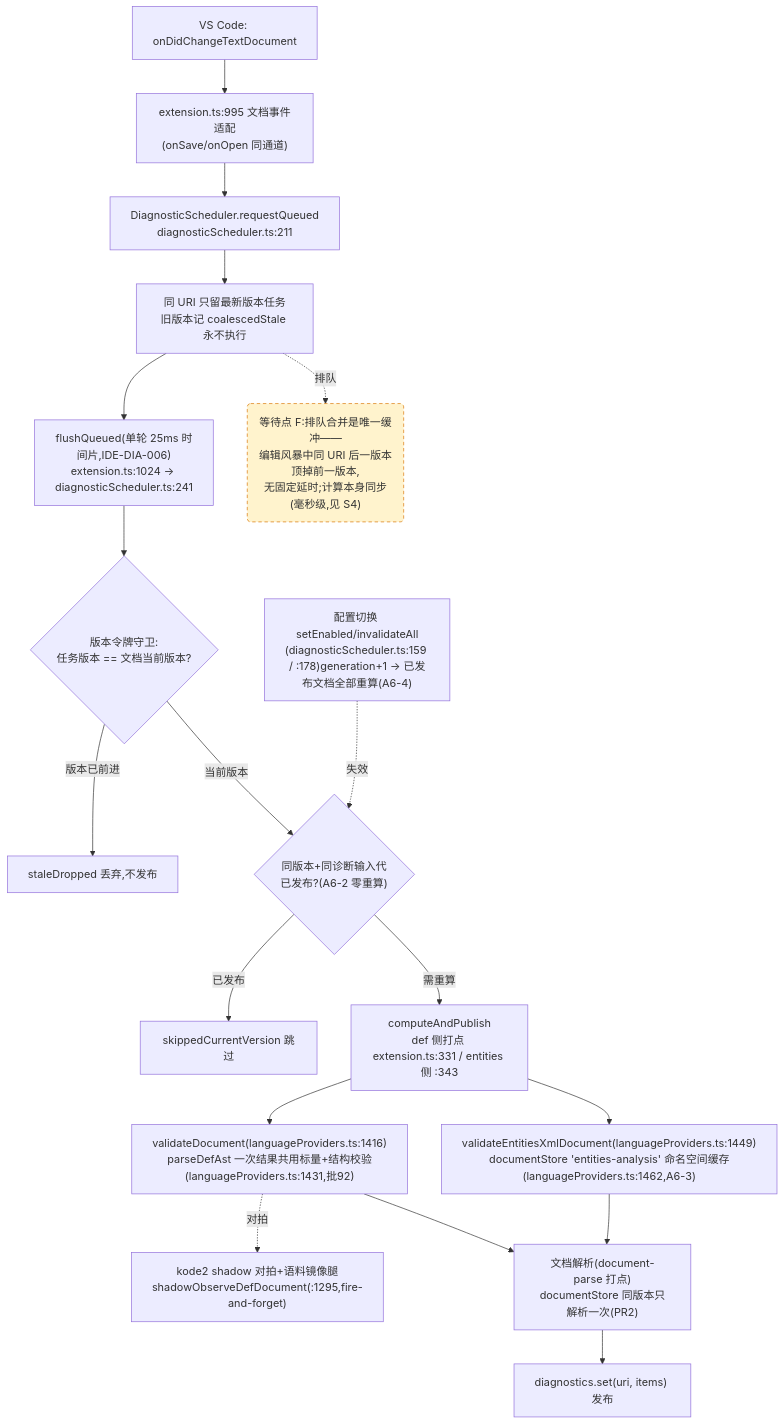
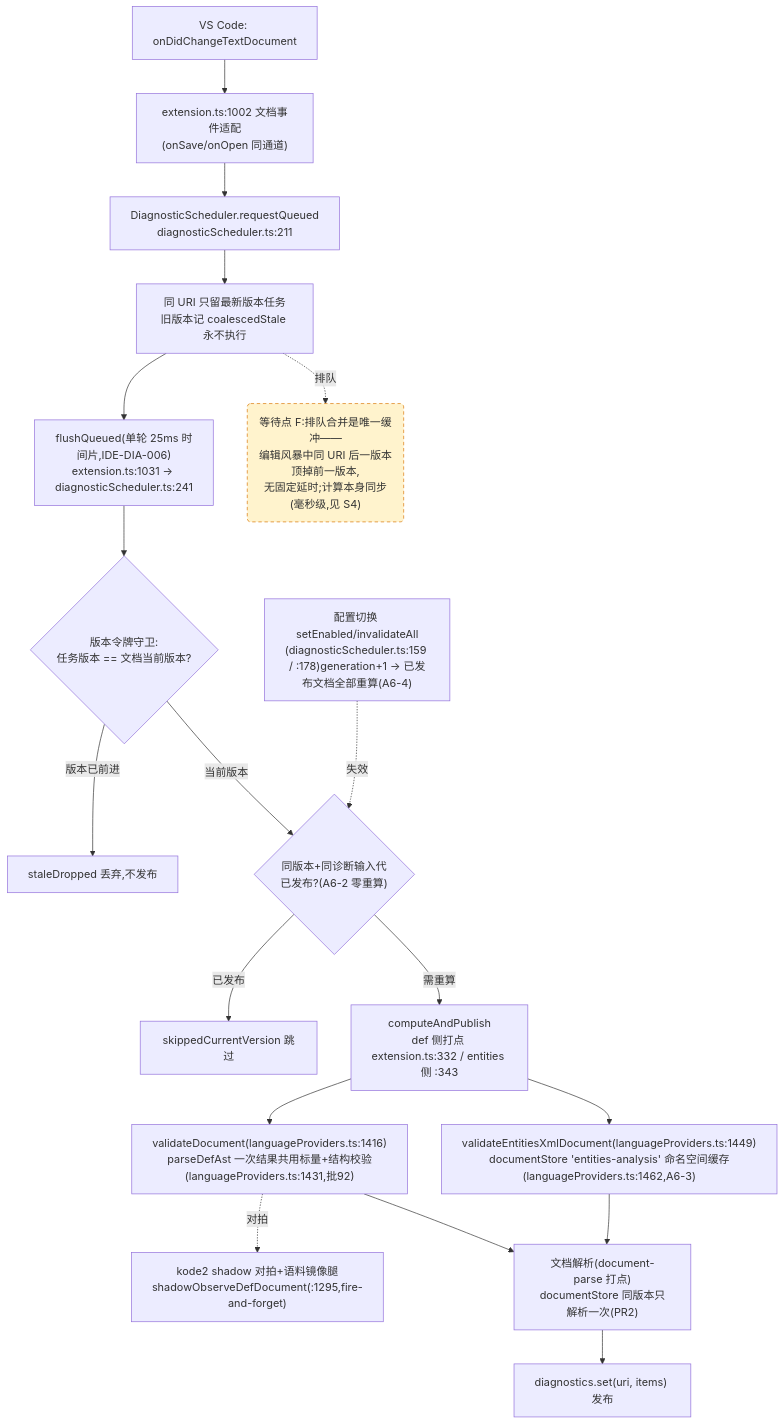
The fourth of 4 diagrams in docs/perf/2026-baseline.md (cuihairu/kode), drawn with Mermaid before and after one commit. The commit also changed other lines of this file and 10 other files, not shown here.

````diff
--- a/docs/perf/2026-baseline.md
+++ b/docs/perf/2026-baseline.md
@@ -214,38 +214,38 @@
 ```mermaid
 flowchart TD
   CHG["VS Code: onDidChangeTextDocument"]
-  WATCH["extension.ts:995 文档事件适配<br/>(onSave/onOpen 同通道)"]
+  WATCH["extension.ts:1002 文档事件适配<br/>(onSave/onOpen 同通道)"]
   RQ["DiagnosticScheduler.requestQueued<br/>diagnosticScheduler.ts:211"]
   CO["同 URI 只留最新版本任务<br/>旧版本记 coalescedStale 永不执行"]
-  FL["flushQueued(单轮 25ms 时间片,IDE-DIA-006)<br/>extension.ts:1024 → diagnosticScheduler.ts:241"]
+  FL["flushQueued(单轮 25ms 时间片,IDE-DIA-006)<br/>extension.ts:1031 → diagnosticScheduler.ts:241"]
   VG{"版本令牌守卫:<br/>任务版本 == 文档当前版本?"}
   DROP["staleDropped 丢弃,不发布"]
   GEN{"同版本+同诊断输入代<br/>已发布?(A6-2 零重算)"}
   SKIP["skippedCurrentVersion 跳过"]
-  CALC["computeAndPublish<br/>def 侧打点 extension.ts:331 / entities 侧 :343"]
+  CALC["computeAndPublish<br/>def 侧打点 extension.ts:332 / entities 侧 :343"]
   VD["validateDocument(languageProviders.ts:1416)<br/>parseDefAst 一次结果共用标量+结构校验(languageProviders.ts:1431,批92)"]
   VEX["validateEntitiesXmlDocument(languageProviders.ts:1449)<br/>documentStore 'entities-analysis' 命名空间缓存(languageProviders.ts:1462,A6-3)"]
   SHDD["kode2 shadow 对拍+语料镜像腿<br/>shadowObserveDefDocument(:1295,fire-and-forget)"]
   DS["文档解析(document-parse 打点)<br/>documentStore 同版本只解析一次(PR2)"]
   PUB["diagnostics.set(uri, items) 发布"]
   CFG2["配置切换 setEnabled/invalidateAll<br/>(diagnosticScheduler.ts:159 / :178)generation+1 → 已发布文档全部重算(A6-4)"]
 
   CHG --> WATCH --> RQ --> CO --> FL --> VG
   VG -- "版本已前进" --> DROP
   VG -- "当前版本" --> GEN
   GEN -- "已发布" --> SKIP
   GEN -- "需重算" --> CALC
   CALC --> VD
   CALC --> VEX
   VD --> DS
   VEX --> DS
   DS --> PUB
   VD -.->|对拍| SHDD
   CFG2 -.->|失效| GEN
 
   WAITF("等待点 F:排队合并是唯一缓冲——<br/>编辑风暴中同 URI 后一版本顶掉前一版本,<br/>无固定延时;计算本身同步(毫秒级,见 S4)")
   CO -.->|排队| WAITF
 
   classDef waitPoint fill:#fff3cd,stroke:#d97706,stroke-dasharray:5 4;
   class WAITF waitPoint;
 ```
````
